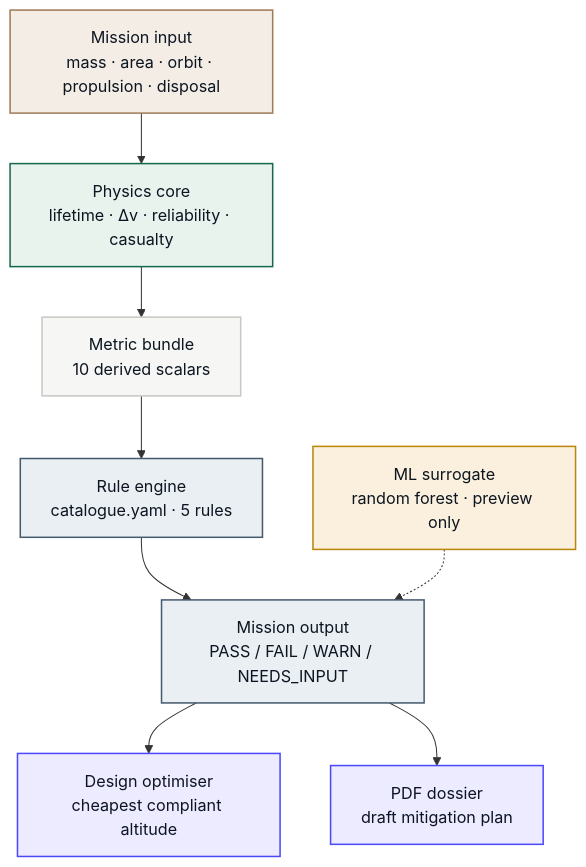
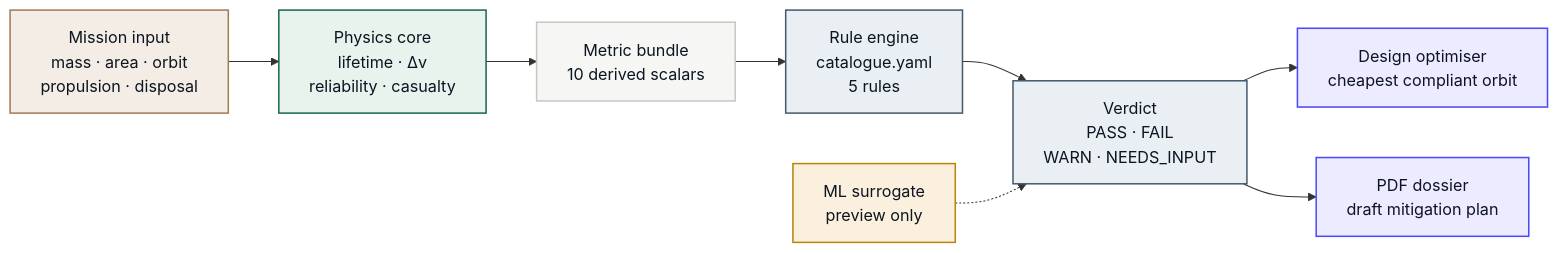
Before and after one commit to lostluffyz/Ananke: the diagram in README.md, drawn with Mermaid.

Commit message:
docs: switch architecture diagram to a wide left-to-right flow

````diff
--- a/README.md
+++ b/README.md
@@ -112,18 +112,18 @@
 ```mermaid
-flowchart TD
-    M["Mission input<br/>mass · area · orbit · propulsion · disposal"]:::input
-    M --> P["Physics core<br/>lifetime · Δv · reliability · casualty"]:::physics
+flowchart LR
+    M["Mission input<br/>mass · area · orbit<br/>propulsion · disposal"]:::input
+    M --> P["Physics core<br/>lifetime · Δv<br/>reliability · casualty"]:::physics
     P --> K["Metric bundle<br/>10 derived scalars"]:::neutral
-    K --> R["Rule engine<br/>catalogue.yaml · 5 rules"]:::rules
-    R --> O["Mission output<br/>PASS / FAIL / WARN / NEEDS_INPUT"]:::rules
-    O --> D["Design optimiser<br/>cheapest compliant altitude"]:::output
+    K --> R["Rule engine<br/>catalogue.yaml<br/>5 rules"]:::rules
+    R --> O["Verdict<br/>PASS · FAIL<br/>WARN · NEEDS_INPUT"]:::rules
+    O --> D["Design optimiser<br/>cheapest compliant orbit"]:::output
     O --> F["PDF dossier<br/>draft mitigation plan"]:::output
-    S["ML surrogate<br/>random forest · preview only"]:::ml -.-> O
+    S["ML surrogate<br/>preview only"]:::ml -.-> O
 
     classDef input fill:#F3EDE6,stroke:#9F7B59,stroke-width:1.5px,color:#0C1520
     classDef physics fill:#E8F3EE,stroke:#17694C,stroke-width:1.5px,color:#0C1520
     classDef neutral fill:#F6F6F4,stroke:#C8C7C3,stroke-width:1.5px,color:#0C1520
     classDef rules fill:#EAEFF3,stroke:#465A6E,stroke-width:1.5px,color:#0C1520
     classDef output fill:#EDEBFF,stroke:#4A48FB,stroke-width:1.5px,color:#0C1520
     classDef ml fill:#FBF0DD,stroke:#B8860B,stroke-width:1.5px,color:#0C1520
 ```
````
